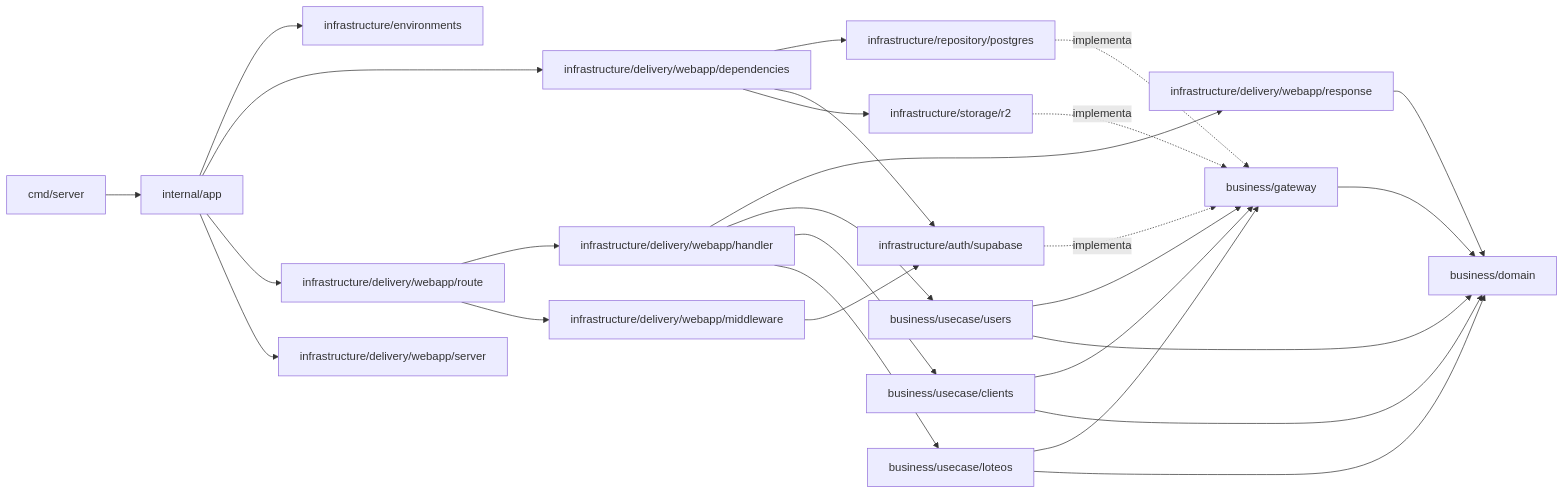
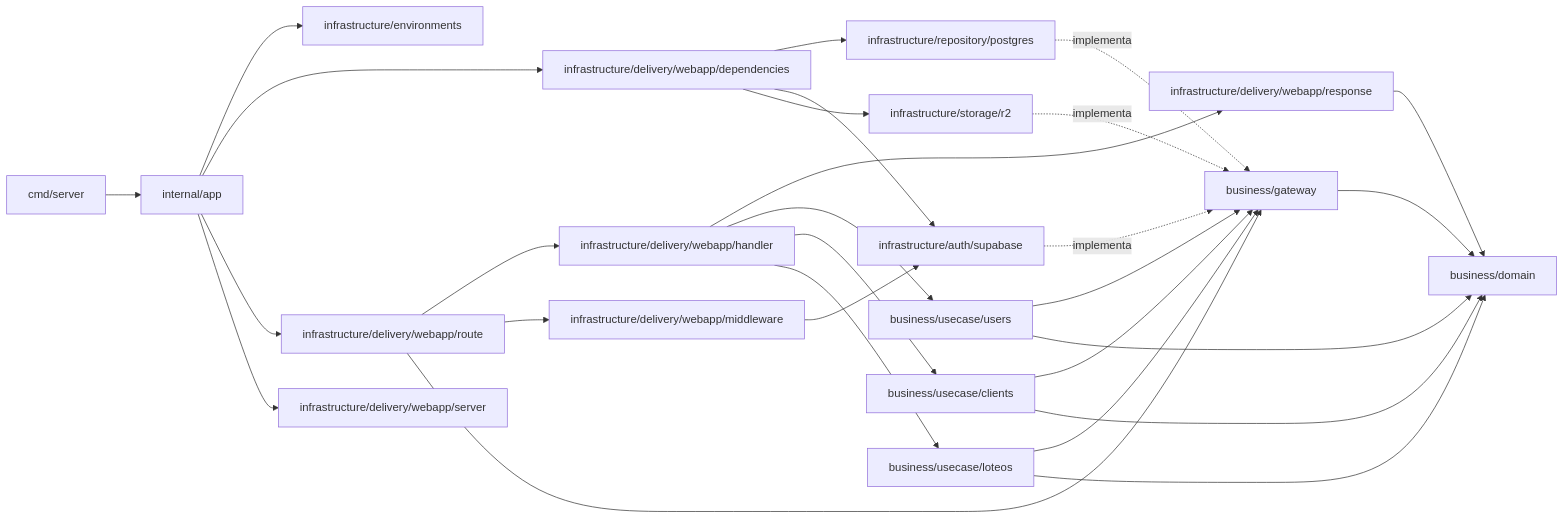
One commit to LoteoApp/LoteosAPP changed the second of 2 diagrams in docs/architecture.md. Above: the diagram before and after it, drawn with Mermaid. The commit also changed other lines of this file and 53 other files, not shown here.

````diff
--- a/docs/architecture.md
+++ b/docs/architecture.md
@@ -200,29 +207,30 @@
 ```mermaid
 flowchart LR
     main["cmd/server"] --> app["internal/app"]
     app --> environments["infrastructure/environments"]
     app --> deps["infrastructure/delivery/webapp/dependencies"]
     app --> route["infrastructure/delivery/webapp/route"]
     app --> server["infrastructure/delivery/webapp/server"]
     deps --> repo["infrastructure/repository/postgres"]
     deps --> supabase["infrastructure/auth/supabase"]
     deps --> storage["infrastructure/storage/r2"]
     route --> handler["infrastructure/delivery/webapp/handler"]
     route --> middleware["infrastructure/delivery/webapp/middleware"]
+    route --> gateway["business/gateway"]
     middleware --> supabase
     handler --> response["infrastructure/delivery/webapp/response"]
     handler --> usecaseUsers["business/usecase/users"]
     handler --> usecaseClients["business/usecase/clients"]
     handler --> usecaseLoteos["business/usecase/loteos"]
     repo -.implementa.-> gateway["business/gateway"]
     supabase -.implementa.-> gateway
     storage -.implementa.-> gateway
     usecaseUsers --> gateway
     usecaseClients --> gateway
     usecaseLoteos --> gateway
     usecaseUsers --> domain["business/domain"]
     usecaseClients --> domain
     usecaseLoteos --> domain
     response --> domain
     gateway --> domain
 ```
````
